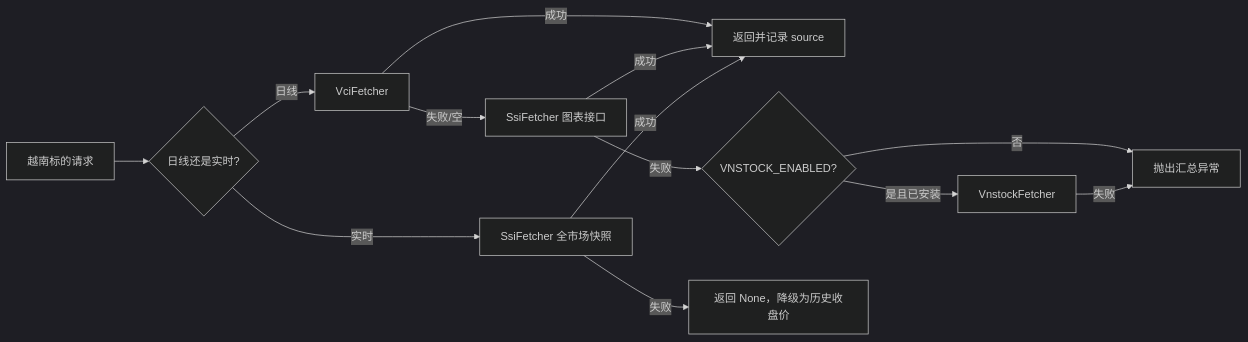
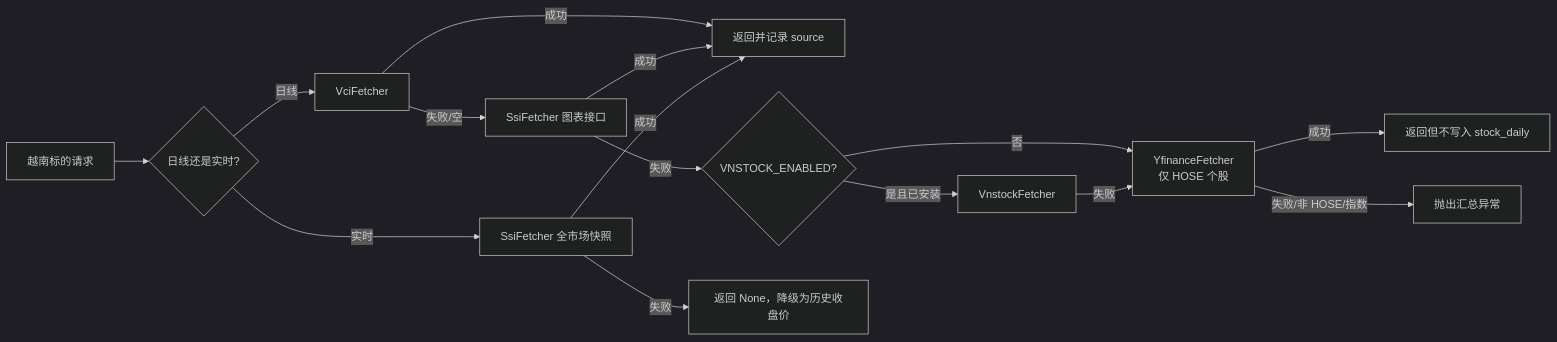
The first of 4 diagrams in docs/data-source-stability.md (tranvuhung/daily_stock_analysis), drawn with Mermaid (dark theme) before and after one commit. The commit also changed other lines of this file and 11 other files, not shown here.

````diff
--- a/docs/data-source-stability.md
+++ b/docs/data-source-stability.md
@@ -41,15 +41,17 @@
 ```mermaid
 flowchart LR
     Q[越南标的请求] --> K{日线还是实时?}
     K -->|日线| V[VciFetcher]
     V -->|成功| OK[返回并记录 source]
     V -->|失败/空| S1[SsiFetcher 图表接口]
     S1 -->|成功| OK
     S1 -->|失败| VS{VNSTOCK_ENABLED?}
     VS -->|是且已安装| VN2[VnstockFetcher]
-    VS -->|否| FAIL[抛出汇总异常]
-    VN2 -->|失败| FAIL
+    VS -->|否| Y[YfinanceFetcher<br/>仅 HOSE 个股]
+    VN2 -->|失败| Y
+    Y -->|成功| OKNB[返回但不写入 stock_daily]
+    Y -->|失败/非 HOSE/指数| FAIL[抛出汇总异常]
     K -->|实时| S2[SsiFetcher 全市场快照]
     S2 -->|成功| OK
     S2 -->|失败| NONE[返回 None，降级为历史收盘价]
 ```
````
